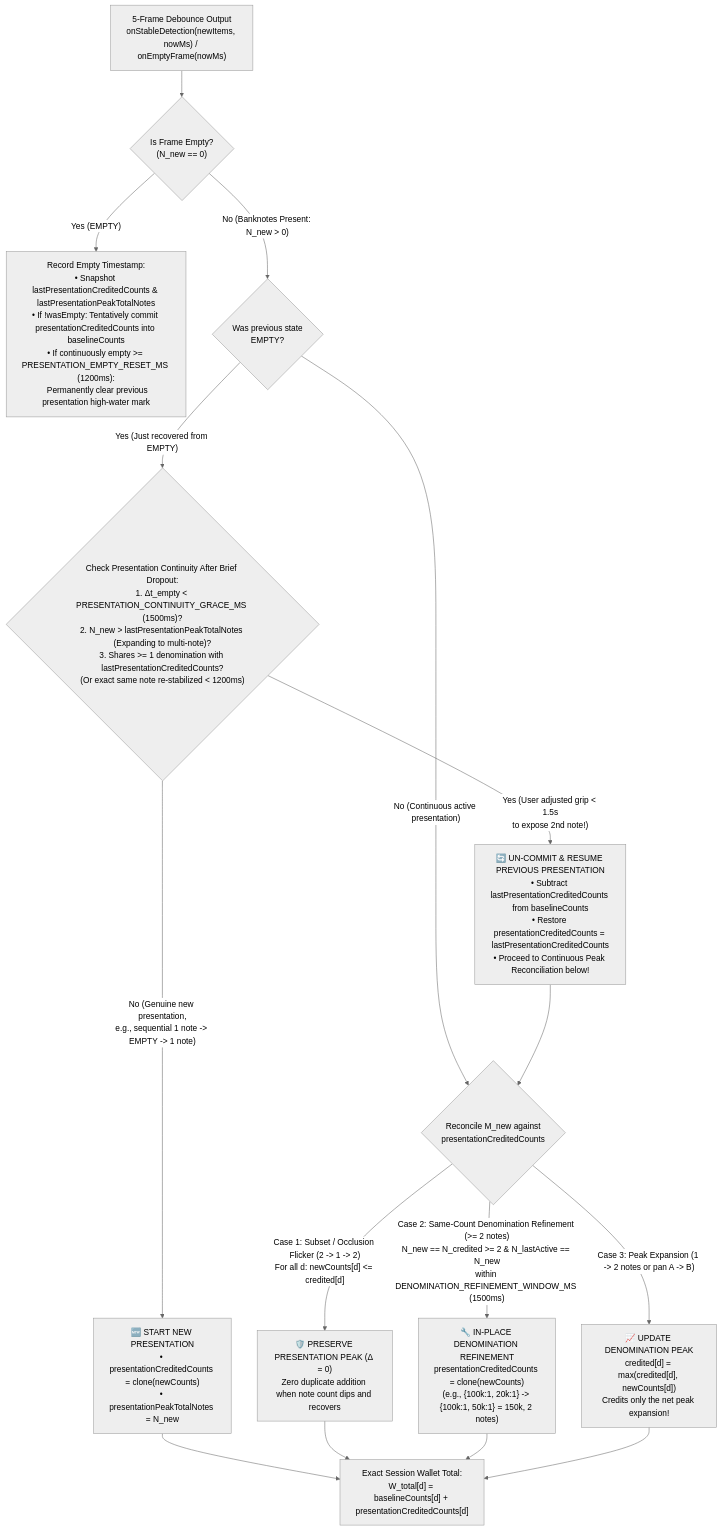
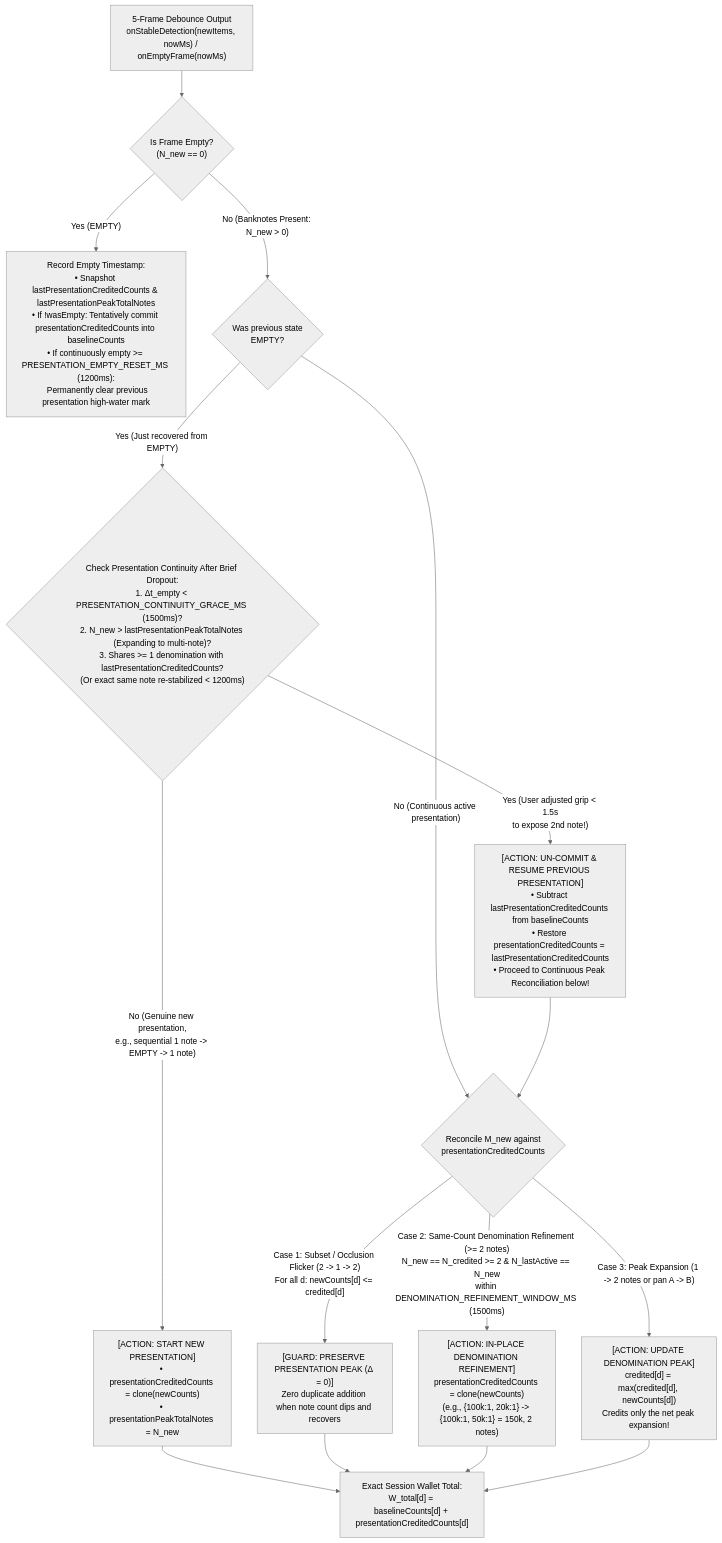
The fourth of 9 diagrams in docs/SYSTEM_ARCHITECTURE_AND_DESIGN.en.md (hezioquan12/vietnamese-money-vision), drawn with Mermaid (neutral theme) before and after one commit. The commit also changed other lines of this file and 4 other files, not shown here.

Commit message:
docs: standardize technical specifications, remove sprint tickets and de-slop diagrams

````diff
--- a/docs/SYSTEM_ARCHITECTURE_AND_DESIGN.en.md
+++ b/docs/SYSTEM_ARCHITECTURE_AND_DESIGN.en.md
@@ -177,25 +177,25 @@
 ```mermaid
 flowchart TD
     In["5-Frame Debounce Output\nonStableDetection(newItems, nowMs) / onEmptyFrame(nowMs)"] --> CheckEmpty{"Is Frame Empty?\n(N_new == 0)"}
 
     CheckEmpty -->|"Yes (EMPTY)"| HandleEmpty["Record Empty Timestamp:\n• Snapshot lastPresentationCreditedCounts & lastPresentationPeakTotalNotes\n• If !wasEmpty: Tentatively commit presentationCreditedCounts into baselineCounts\n• If continuously empty >= PRESENTATION_EMPTY_RESET_MS (1200ms):\n  Permanently clear previous presentation high-water mark"]
 
     CheckEmpty -->|"No (Banknotes Present: N_new > 0)"| WasEmptyCheck{"Was previous state\nEMPTY?"}
 
     WasEmptyCheck -->|"Yes (Just recovered from EMPTY)"| CheckDropout{"Check Presentation Continuity After Brief Dropout:\n1. Δt_empty < PRESENTATION_CONTINUITY_GRACE_MS (1500ms)?\n2. N_new > lastPresentationPeakTotalNotes (Expanding to multi-note)?\n3. Shares >= 1 denomination with lastPresentationCreditedCounts?\n(Or exact same note re-stabilized < 1200ms)"}
 
-    CheckDropout -->|"Yes (User adjusted grip < 1.5s\nto expose 2nd note!)"| Uncommit["🔄 UN-COMMIT & RESUME PREVIOUS PRESENTATION\n• Subtract lastPresentationCreditedCounts from baselineCounts\n• Restore presentationCreditedCounts = lastPresentationCreditedCounts\n• Proceed to Continuous Peak Reconciliation below!"]
-    CheckDropout -->|"No (Genuine new presentation,\ne.g., sequential 1 note -> EMPTY -> 1 note)"| NewPres["🆕 START NEW PRESENTATION\n• presentationCreditedCounts = clone(newCounts)\n• presentationPeakTotalNotes = N_new"]
+    CheckDropout -->|"Yes (User adjusted grip < 1.5s\nto expose 2nd note!)"| Uncommit["[ACTION: UN-COMMIT & RESUME PREVIOUS PRESENTATION]\n• Subtract lastPresentationCreditedCounts from baselineCounts\n• Restore presentationCreditedCounts = lastPresentationCreditedCounts\n• Proceed to Continuous Peak Reconciliation below!"]
+    CheckDropout -->|"No (Genuine new presentation,\ne.g., sequential 1 note -> EMPTY -> 1 note)"| NewPres["[ACTION: START NEW PRESENTATION]\n• presentationCreditedCounts = clone(newCounts)\n• presentationPeakTotalNotes = N_new"]
 
     WasEmptyCheck -->|"No (Continuous active presentation)"| Reconcile{"Reconcile M_new against\npresentationCreditedCounts"}
     Uncommit --> Reconcile
 
-    Reconcile -->|"Case 1: Subset / Occlusion Flicker (2 -> 1 -> 2)\nFor all d: newCounts[d] <= credited[d]"| CaseSubset["🛡️ PRESERVE PRESENTATION PEAK (Δ = 0)\nZero duplicate addition when note count dips and recovers"]
-    Reconcile -->|"Case 2: Same-Count Denomination Refinement (>= 2 notes)\nN_new == N_credited >= 2 & N_lastActive == N_new\nwithin DENOMINATION_REFINEMENT_WINDOW_MS (1500ms)"| CaseRefine["🔧 IN-PLACE DENOMINATION REFINEMENT\npresentationCreditedCounts = clone(newCounts)\n(e.g., {100k:1, 20k:1} -> {100k:1, 50k:1} = 150k, 2 notes)"]
-    Reconcile -->|"Case 3: Peak Expansion (1 -> 2 notes or pan A -> B)"| CaseExpand["📈 UPDATE DENOMINATION PEAK\ncredited[d] = max(credited[d], newCounts[d])\nCredits only the net peak expansion!"]
+    Reconcile -->|"Case 1: Subset / Occlusion Flicker (2 -> 1 -> 2)\nFor all d: newCounts[d] <= credited[d]"| CaseSubset["[GUARD: PRESERVE PRESENTATION PEAK (Δ = 0)]\nZero duplicate addition when note count dips and recovers"]
+    Reconcile -->|"Case 2: Same-Count Denomination Refinement (>= 2 notes)\nN_new == N_credited >= 2 & N_lastActive == N_new\nwithin DENOMINATION_REFINEMENT_WINDOW_MS (1500ms)"| CaseRefine["[ACTION: IN-PLACE DENOMINATION REFINEMENT]\npresentationCreditedCounts = clone(newCounts)\n(e.g., {100k:1, 20k:1} -> {100k:1, 50k:1} = 150k, 2 notes)"]
+    Reconcile -->|"Case 3: Peak Expansion (1 -> 2 notes or pan A -> B)"| CaseExpand["[ACTION: UPDATE DENOMINATION PEAK]\ncredited[d] = max(credited[d], newCounts[d])\nCredits only the net peak expansion!"]
 
     NewPres --> CalcTotal["Exact Session Wallet Total:\nW_total[d] = baselineCounts[d] + presentationCreditedCounts[d]"]
     CaseSubset --> CalcTotal
     CaseRefine --> CalcTotal
     CaseExpand --> CalcTotal
 ```
````
